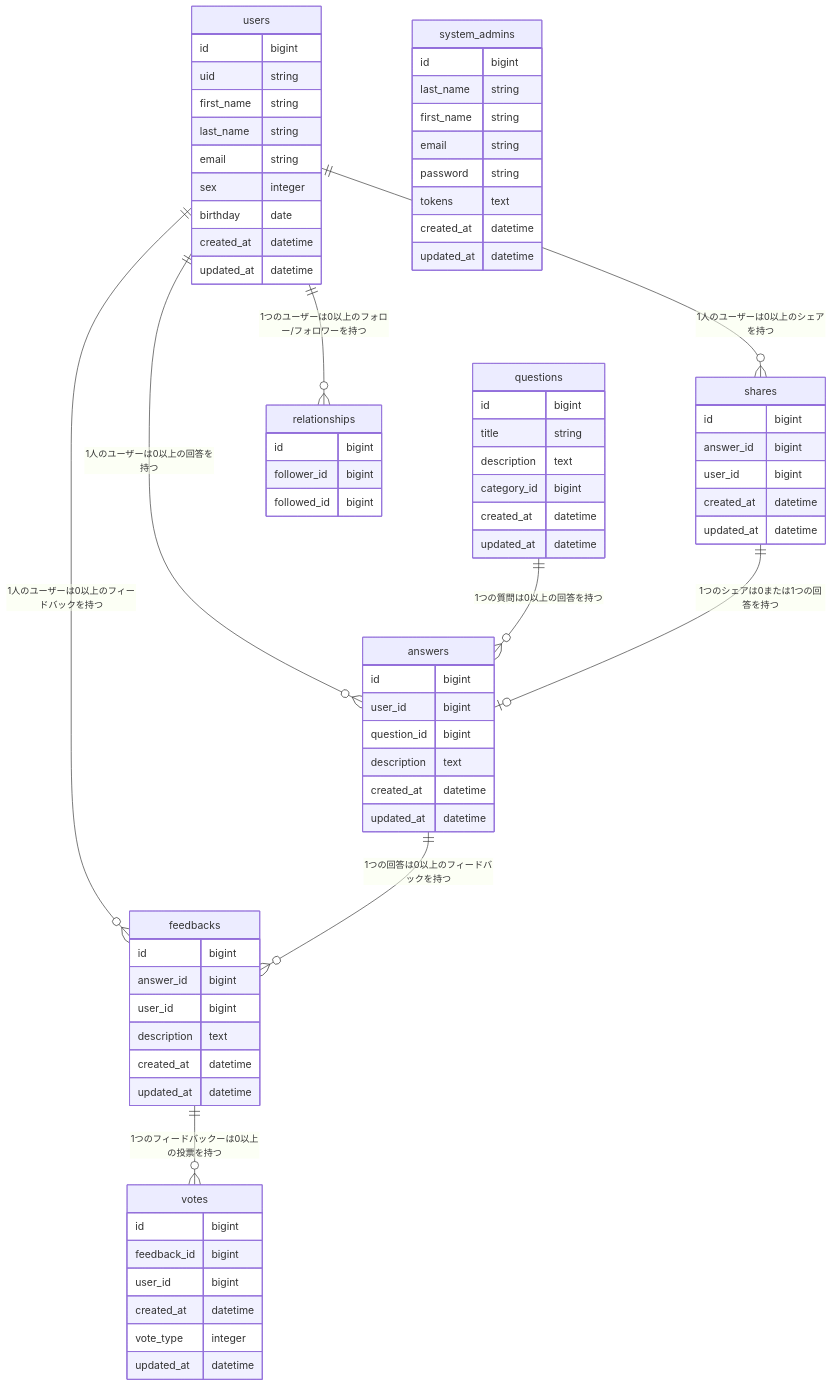
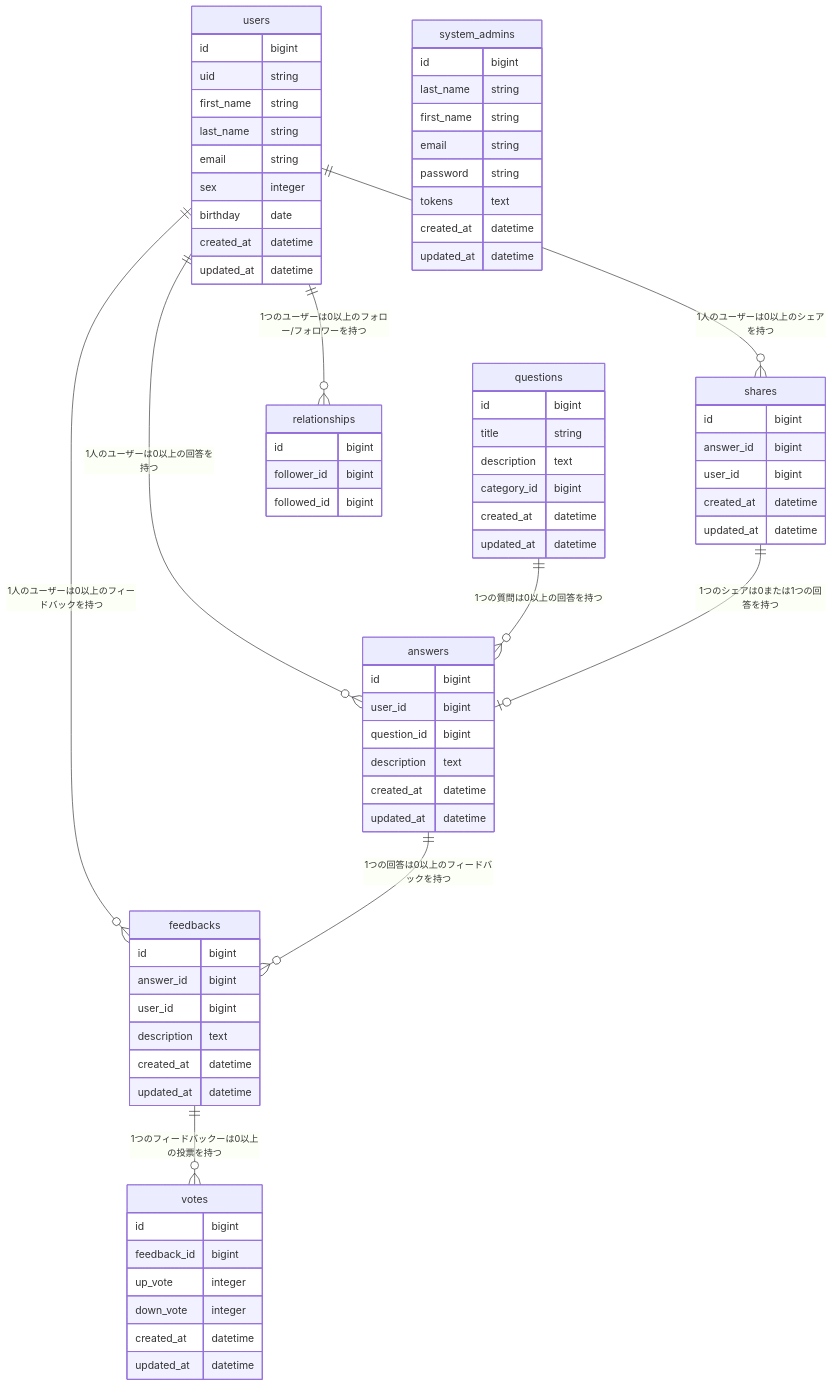
Before and after one commit to miuradaiki/cross_coaching_api: the diagram in README.md, drawn with Mermaid. The commit also changed 6 other files, not shown here.

```diff
--- a/README.md
+++ b/README.md
@@ -80,9 +80,9 @@
 votes {
   id bigint
   feedback_id bigint
-  user_id bigint
+  up_vote integer
+  down_vote integer
   created_at datetime
-  vote_type integer
   updated_at datetime
 }
 
```
